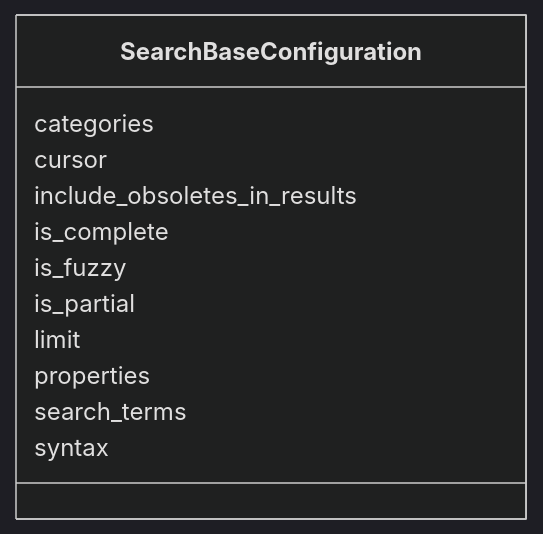
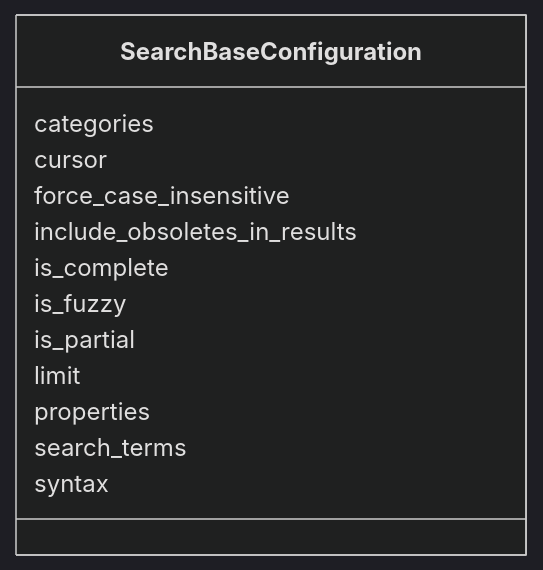
Before and after one commit to INCATools/ontology-access-kit: the diagram in search/SearchBaseConfiguration.md, drawn with Mermaid (dark theme). The commit also changed other lines of this file and 92 other files, not shown here.

````diff
--- a/search/SearchBaseConfiguration.md
+++ b/search/SearchBaseConfiguration.md
@@ -10,15 +10,16 @@
 ```{mermaid}
  classDiagram
     class SearchBaseConfiguration
       SearchBaseConfiguration : categories
       SearchBaseConfiguration : cursor
+      SearchBaseConfiguration : force_case_insensitive
       SearchBaseConfiguration : include_obsoletes_in_results
       SearchBaseConfiguration : is_complete
       SearchBaseConfiguration : is_fuzzy
       SearchBaseConfiguration : is_partial
       SearchBaseConfiguration : limit
       SearchBaseConfiguration : properties
       SearchBaseConfiguration : search_terms
       SearchBaseConfiguration : syntax
       
 ```
````
